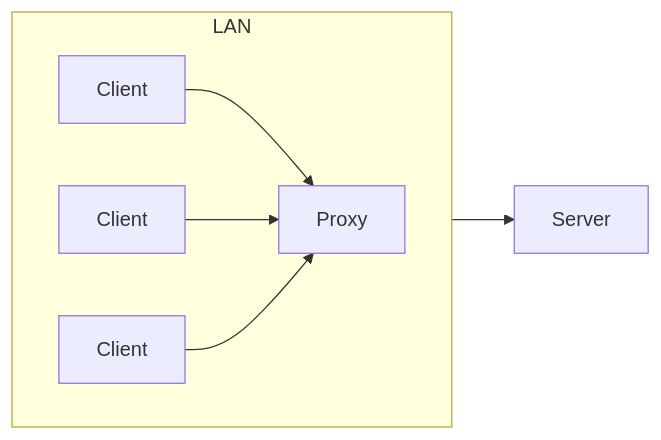
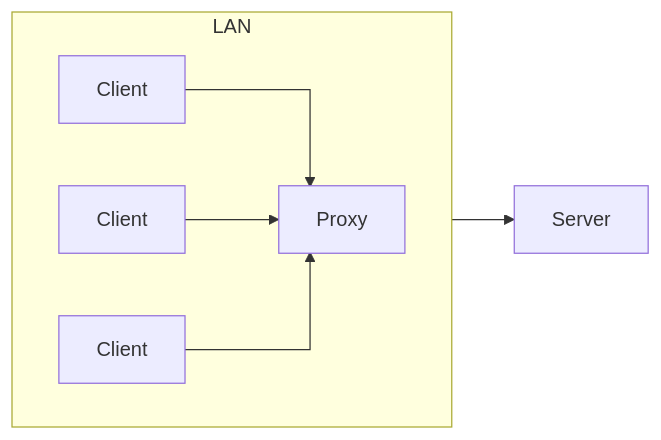
One commit to haroldzkx/minedocs changed the first of 2 diagrams in web/proxy.md. Above: the diagram before and after it, drawn with Mermaid. The commit also changed other lines of this file, not shown here.

````diff
--- a/web/proxy.md
+++ b/web/proxy.md
@@ -3,18 +3,19 @@
 ```mermaid
-graph LR
+%%{ init: { 'flowchart': { 'curve': 'stepAfter' } } }%%
+flowchart LR
 
 subgraph LAN
     direction LR
     A[Client]
     B[Client]
     C[Client]
     D[Proxy]
 end
 
 E[Server]
 
 A --> D
 B --> D
 C --> D
 D --> E
 ```
````
